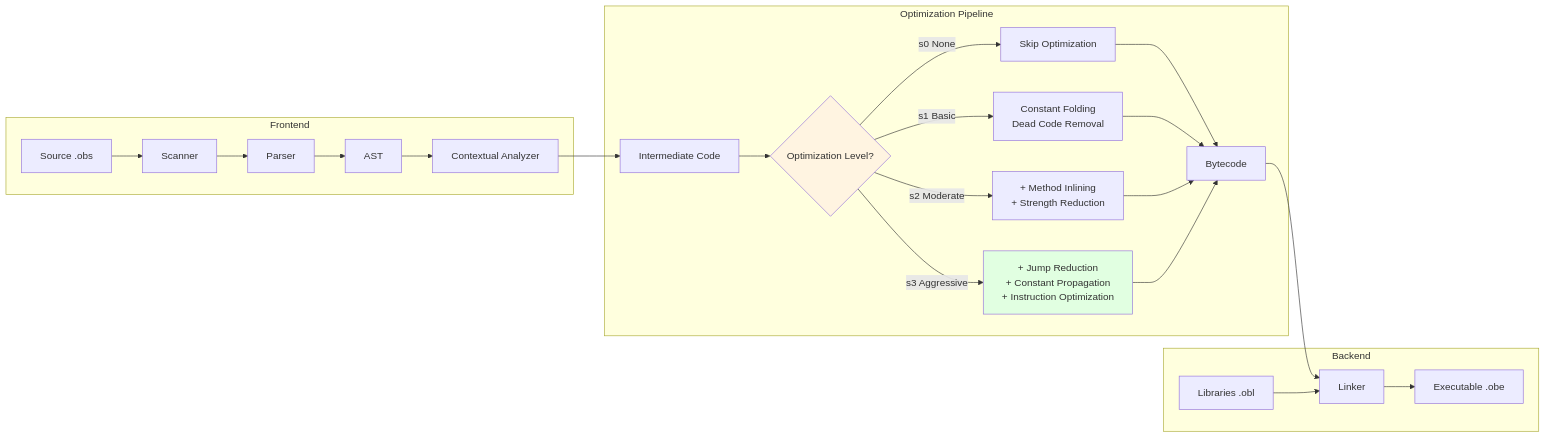
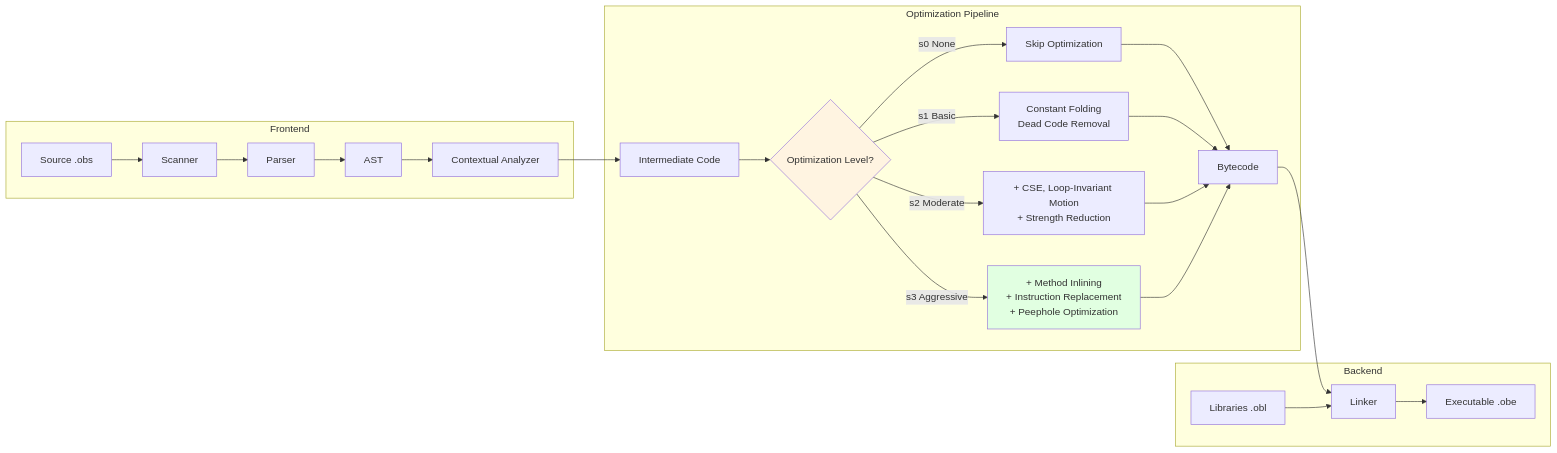
Before and after one commit to objeck/objeck-lang: the second of 24 diagrams in docs/architecture.md, drawn with Mermaid. The commit also changed other lines of this file and 8 other files, not shown here.

First line of the commit message:
docs: refresh architecture, JIT and index docs

````diff
--- a/docs/architecture.md
+++ b/docs/architecture.md
@@ -135,33 +135,33 @@
 ```mermaid
 flowchart LR
     subgraph "Frontend"
         A[Source .obs] --> B[Scanner]
         B --> C[Parser]
         C --> D[AST]
         D --> E[Contextual Analyzer]
     end
 
     subgraph "Optimization Pipeline"
         E --> F[Intermediate Code]
         F --> G{Optimization Level?}
 
         G -->|s0 None| H[Skip Optimization]
         G -->|s1 Basic| I[Constant Folding<br/>Dead Code Removal]
-        G -->|s2 Moderate| J[+ Method Inlining<br/>+ Strength Reduction]
-        G -->|s3 Aggressive| K[+ Jump Reduction<br/>+ Constant Propagation<br/>+ Instruction Optimization]
+        G -->|s2 Moderate| J[+ CSE, Loop-Invariant Motion<br/>+ Strength Reduction]
+        G -->|s3 Aggressive| K[+ Method Inlining<br/>+ Instruction Replacement<br/>+ Peephole Optimization]
 
         H --> L[Bytecode]
         I --> L
         J --> L
         K --> L
     end
 
     subgraph "Backend"
         L --> M[Linker]
         N[Libraries .obl] --> M
         M --> O[Executable .obe]
     end
 
     style G fill:#fff4e1
     style K fill:#e1ffe1
 ```
````
